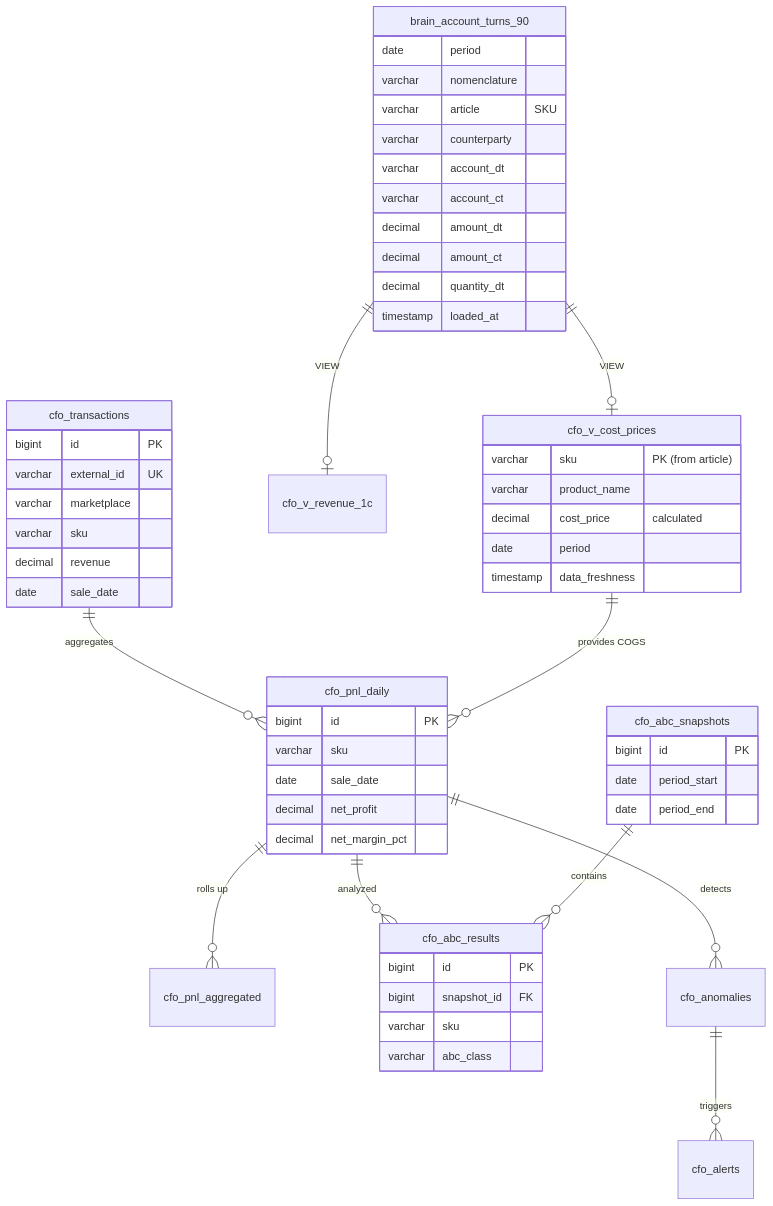
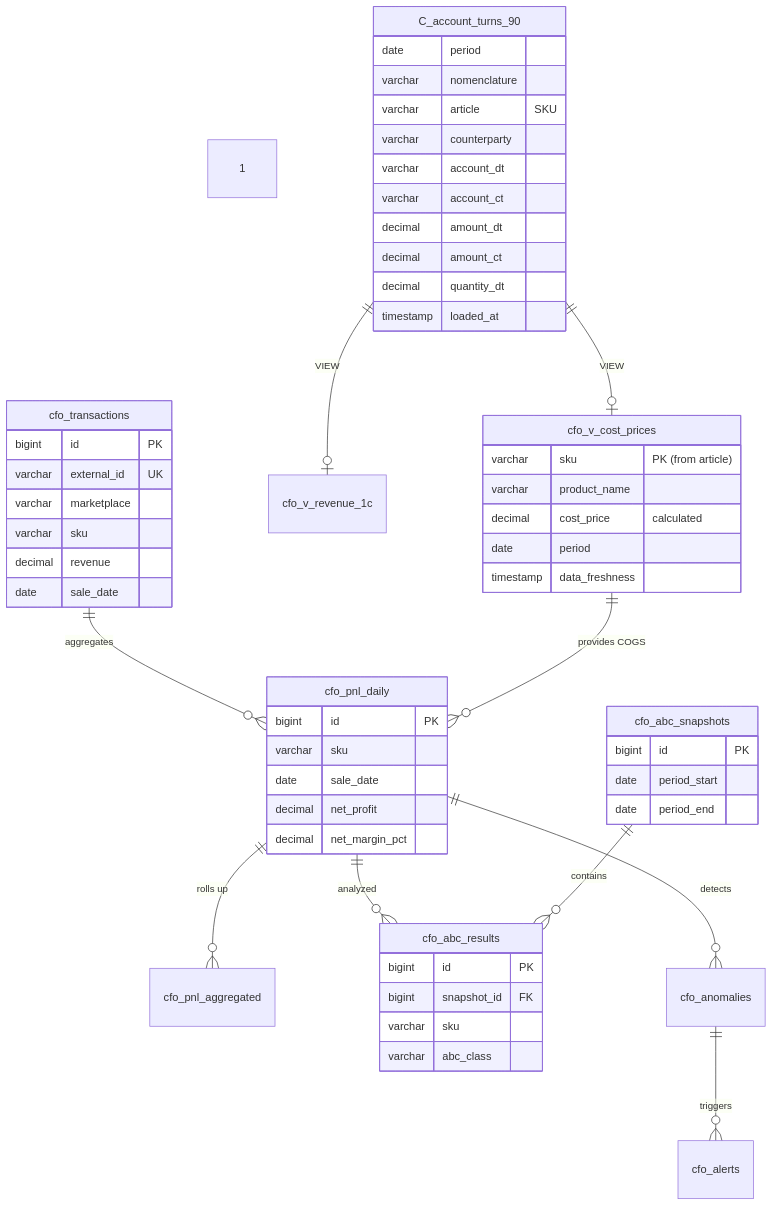
The first of 2 diagrams in cfo/adolf_cfo_5_database.md (Sign25/Docs), drawn with Mermaid before and after one commit. The commit also changed other lines of this file, not shown here.

Commit message:
refactor(cfo): rename brain_* -> 1C_*, update A1 links to 1cexport

````diff
--- a/cfo/adolf_cfo_5_database.md
+++ b/cfo/adolf_cfo_5_database.md
@@ -48,63 +48,63 @@
 ```mermaid
 erDiagram
-    brain_account_turns_90 ||--o| cfo_v_cost_prices : "VIEW"
-    brain_account_turns_90 ||--o| cfo_v_revenue_1c : "VIEW"
+    1C_account_turns_90 ||--o| cfo_v_cost_prices : "VIEW"
+    1C_account_turns_90 ||--o| cfo_v_revenue_1c : "VIEW"
     cfo_transactions ||--o{ cfo_pnl_daily : "aggregates"
     cfo_v_cost_prices ||--o{ cfo_pnl_daily : "provides COGS"
     cfo_pnl_daily ||--o{ cfo_pnl_aggregated : "rolls up"
     cfo_pnl_daily ||--o{ cfo_abc_results : "analyzed"
     cfo_abc_snapshots ||--o{ cfo_abc_results : "contains"
     cfo_pnl_daily ||--o{ cfo_anomalies : "detects"
     cfo_anomalies ||--o{ cfo_alerts : "triggers"
 
-    brain_account_turns_90 {
+    1C_account_turns_90 {
         date period
         varchar nomenclature
         varchar article "SKU"
         varchar counterparty
         varchar account_dt
         varchar account_ct
         decimal amount_dt
         decimal amount_ct
         decimal quantity_dt
         timestamp loaded_at
     }
 
     cfo_v_cost_prices {
         varchar sku "PK (from article)"
         varchar product_name
         decimal cost_price "calculated"
         date period
         timestamp data_freshness
     }
 
     cfo_transactions {
         bigint id PK
         varchar external_id UK
         varchar marketplace
         varchar sku
         decimal revenue
         date sale_date
     }
 
     cfo_pnl_daily {
         bigint id PK
         varchar sku
         date sale_date
         decimal net_profit
         decimal net_margin_pct
     }
 
     cfo_abc_results {
         bigint id PK
         bigint snapshot_id FK
         varchar sku
         varchar abc_class
     }
 
     cfo_abc_snapshots {
         bigint id PK
         date period_start
         date period_end
     }
 ```
````
